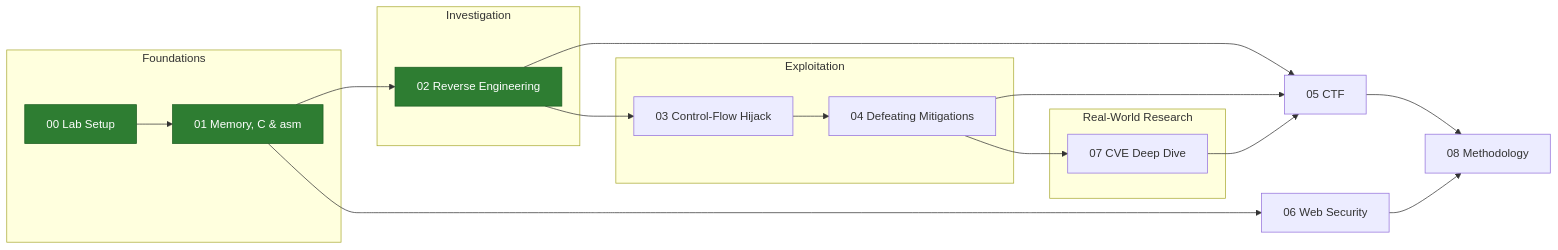
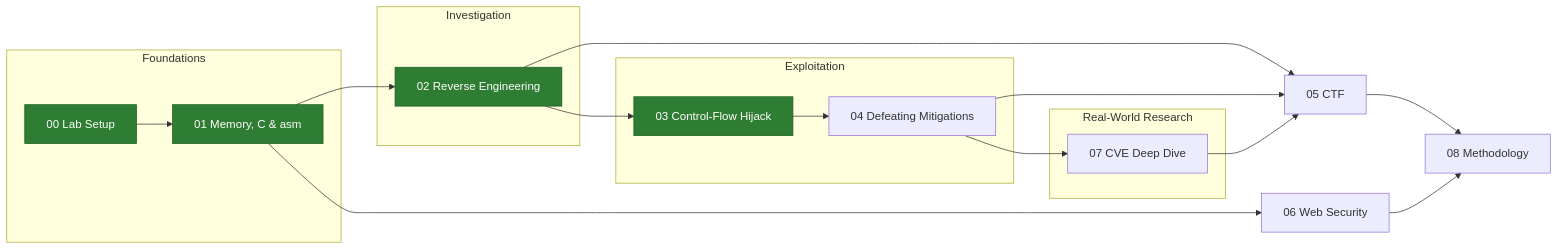
The diagram in README.md (amichaimukades/vr-portfolio), drawn with Mermaid before and after one commit. The commit also changed other lines of this file, not shown here.

Commit message:
docs(readme): mark stage 03 as done and summarize the module

````diff
--- a/README.md
+++ b/README.md
@@ -25,27 +25,27 @@
 ```mermaid
 flowchart LR
     subgraph F[Foundations]
         S0[00 Lab Setup]
         S1[01 Memory, C & asm]
     end
     subgraph I[Investigation]
         S2[02 Reverse Engineering]
     end
     subgraph E[Exploitation]
         S3[03 Control-Flow Hijack]
         S4[04 Defeating Mitigations]
     end
     subgraph R[Real-World Research]
         S7[07 CVE Deep Dive]
     end
     S0 --> S1 --> S2 --> S3 --> S4 --> S7
     S2 --> S5[05 CTF]
     S4 --> S5
     S7 --> S5
     S1 --> S6[06 Web Security]
     S5 --> S8[08 Methodology]
     S6 --> S8
 
     classDef done fill:#2e7d32,color:#fff,stroke:#1b5e20
-    class S0,S1,S2 done
+    class S0,S1,S2,S3 done
 ```
````
